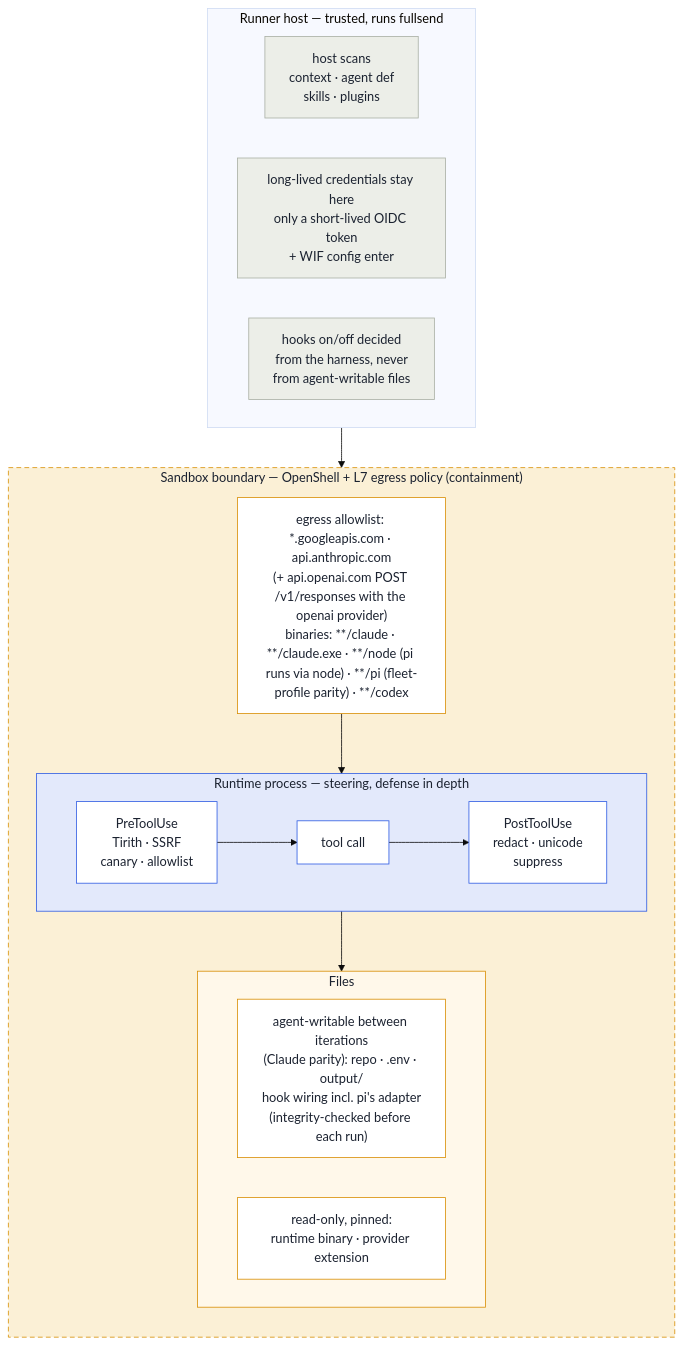
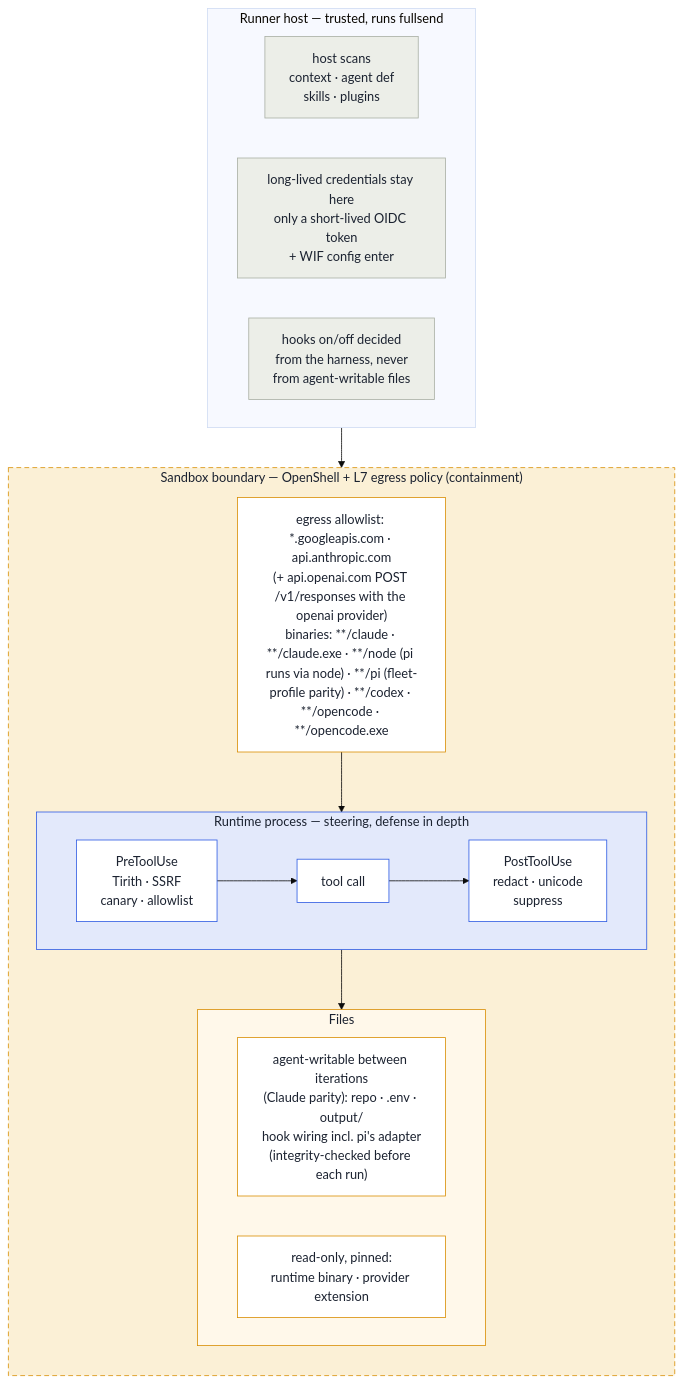
One commit to fullsend-ai/fullsend changed the first of 3 diagrams in docs/contributing/runtime-implementation.md. Above: the diagram before and after it, drawn with Mermaid (base theme). The commit also changed other lines of this file and 11 other files, not shown here.

````diff
--- a/docs/contributing/runtime-implementation.md
+++ b/docs/contributing/runtime-implementation.md
@@ -107,36 +107,36 @@
 ```mermaid
 flowchart TB
   subgraph HOST["Runner host — trusted, runs fullsend"]
     direction LR
     SCAN["host scans\ncontext · agent def\nskills · plugins"]
     CRED["long-lived credentials stay here\nonly a short-lived OIDC token\n+ WIF config enter"]
     SIG["hooks on/off decided\nfrom the harness, never\nfrom agent-writable files"]
   end
   subgraph SB["Sandbox boundary — OpenShell + L7 egress policy (containment)"]
     direction TB
-    EG["egress allowlist: *.googleapis.com · api.anthropic.com\n(+ api.openai.com POST /v1/responses with the openai provider)\nbinaries: **/claude · **/claude.exe · **/node (pi runs via node) · **/pi (fleet-profile parity) · **/codex"]
+    EG["egress allowlist: *.googleapis.com · api.anthropic.com\n(+ api.openai.com POST /v1/responses with the openai provider)\nbinaries: **/claude · **/claude.exe · **/node (pi runs via node) · **/pi (fleet-profile parity) · **/codex · **/opencode · **/opencode.exe"]
     subgraph PROC["Runtime process — steering, defense in depth"]
       direction LR
       PRE["PreToolUse\nTirith · SSRF\ncanary · allowlist"]
       TOOL["tool call"]
       POST["PostToolUse\nredact · unicode\nsuppress"]
       PRE --> TOOL --> POST
     end
     subgraph FS["Files"]
       direction LR
       WR["agent-writable between iterations\n(Claude parity): repo · .env · output/\nhook wiring incl. pi's adapter\n(integrity-checked before each run)"]
       RO["read-only, pinned:\nruntime binary · provider extension"]
     end
     EG --> PROC --> FS
   end
   HOST --> SB
   style SB fill:#fbf0d6,stroke:#d98e04,stroke-dasharray:6 4,color:#1b2230
   style PROC fill:#e3e9fb,stroke:#2d5be3,color:#1b2230
   style FS fill:#fff8ea,stroke:#d98e04,color:#1b2230
   classDef boundary fill:#fff,stroke:#d98e04,color:#1b2230;
   classDef steer fill:#fff,stroke:#2d5be3,color:#1b2230;
   classDef host fill:#eceee8,stroke:#a9afa4,color:#1b2230;
   class EG,WR,RO boundary;
   class PRE,TOOL,POST steer;
   class SCAN,CRED,SIG host;
 ```
````
